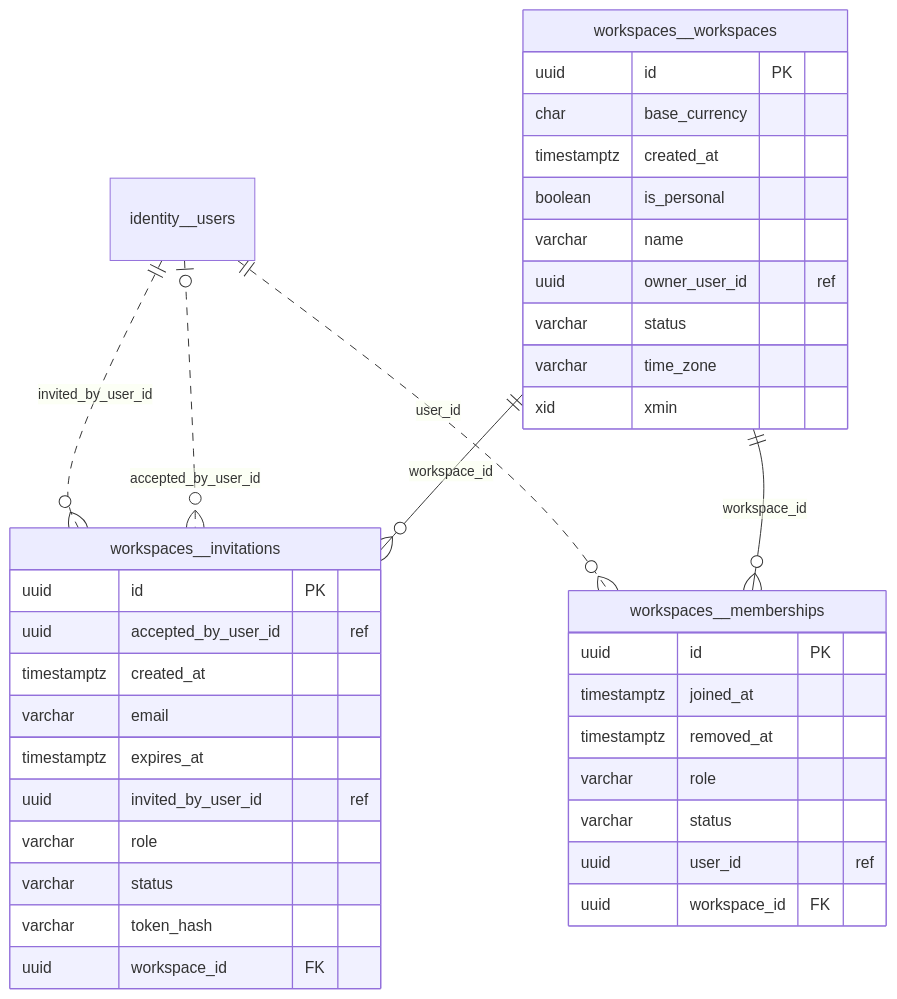
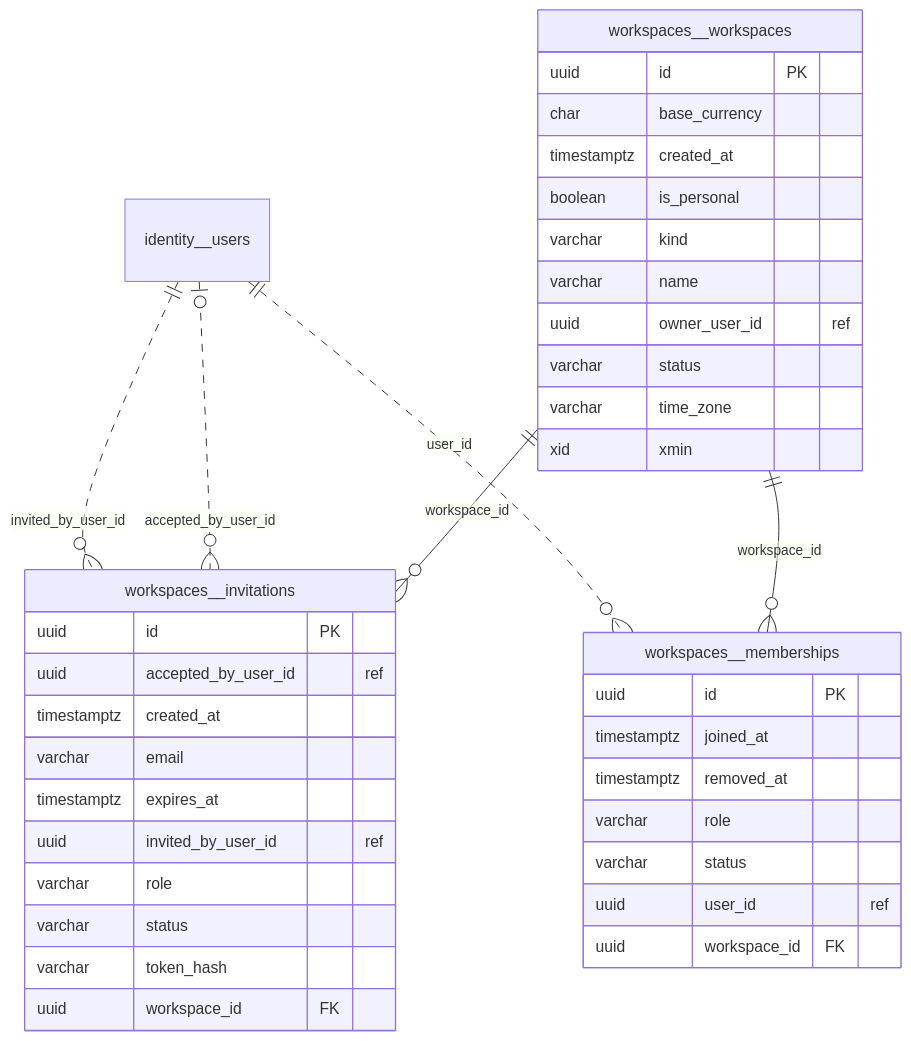
The third of 13 diagrams in docs/backend/database.md (TorresMBA/finanzas-hub-api), drawn with Mermaid before and after one commit. The commit also changed other lines of this file and 97 other files, not shown here.

````diff
--- a/docs/backend/database.md
+++ b/docs/backend/database.md
@@ -330,40 +331,41 @@
 ```mermaid
 erDiagram
     workspaces__invitations {
         uuid id PK
         uuid accepted_by_user_id "ref"
         timestamptz created_at
         varchar email
         timestamptz expires_at
         uuid invited_by_user_id "ref"
         varchar role
         varchar status
         varchar token_hash
         uuid workspace_id FK
     }
     workspaces__memberships {
         uuid id PK
         timestamptz joined_at
         timestamptz removed_at
         varchar role
         varchar status
         uuid user_id "ref"
         uuid workspace_id FK
     }
     workspaces__workspaces {
         uuid id PK
         char base_currency
         timestamptz created_at
         boolean is_personal
+        varchar kind
         varchar name
         uuid owner_user_id "ref"
         varchar status
         varchar time_zone
         xid xmin
     }
     workspaces__workspaces ||--o{ workspaces__invitations : "workspace_id"
     identity__users |o..o{ workspaces__invitations : "accepted_by_user_id"
     identity__users ||..o{ workspaces__invitations : "invited_by_user_id"
     workspaces__workspaces ||--o{ workspaces__memberships : "workspace_id"
     identity__users ||..o{ workspaces__memberships : "user_id"
 ```
````
